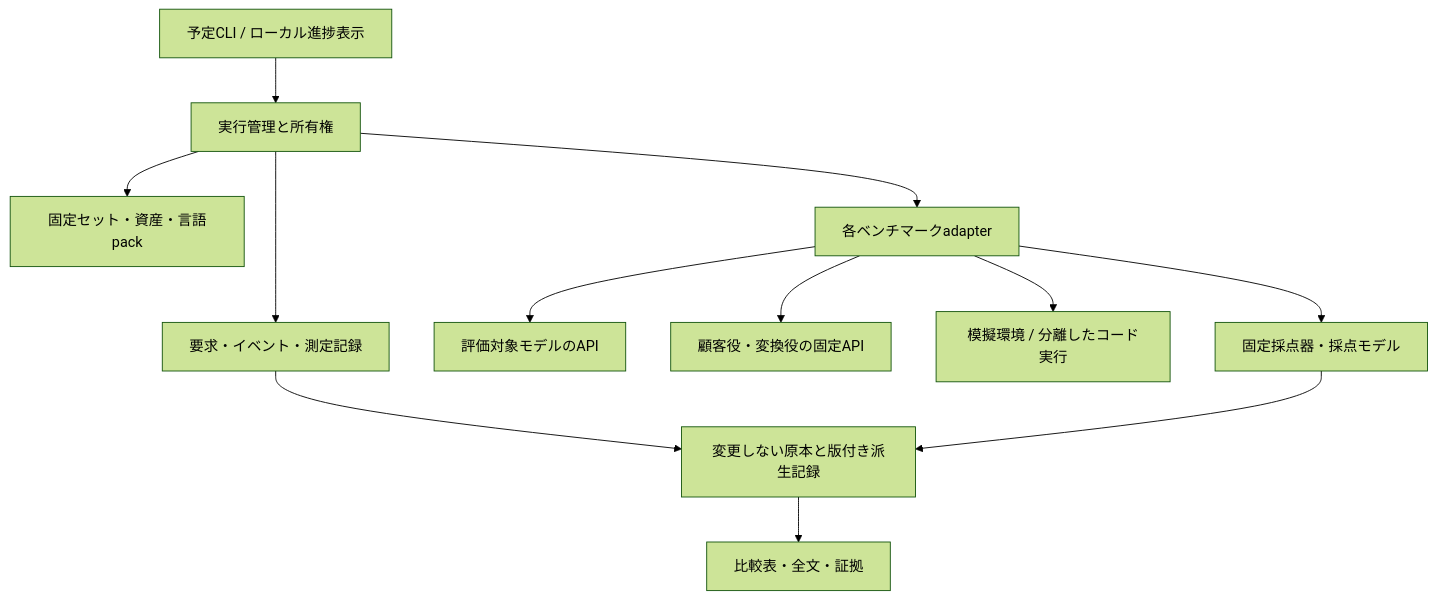
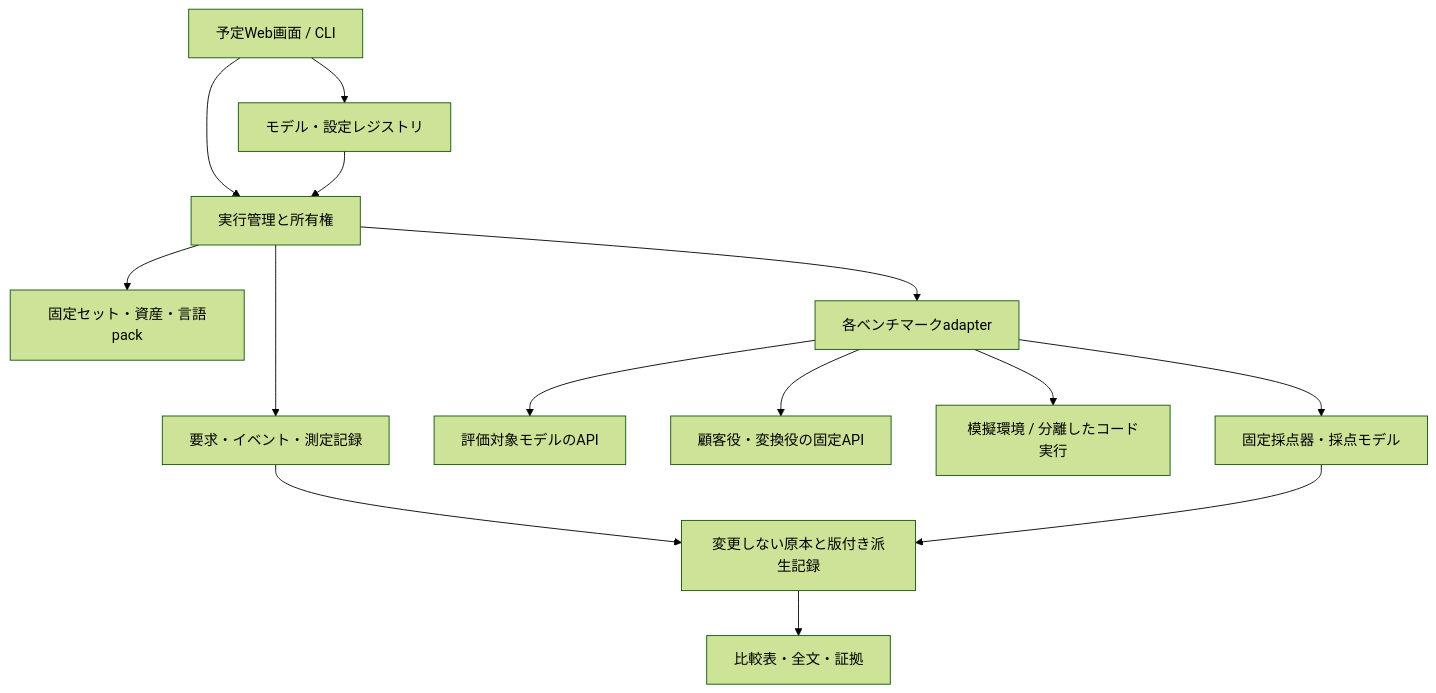
Before and after one commit to StackPiles/BeaconBench: the diagram in docs/04-architecture.md, drawn with Mermaid (forest theme). The commit also changed other lines of this file and 14 other files, not shown here.

````diff
--- a/docs/04-architecture.md
+++ b/docs/04-architecture.md
@@ -7,14 +7,16 @@
 ```mermaid
 flowchart TB
-  CLI[予定CLI / ローカル進捗表示] --> Coordinator[実行管理と所有権]
+  UI[予定Web画面 / CLI] --> Coordinator[実行管理と所有権]
+  UI --> Config[モデル・設定レジストリ]
+  Config --> Coordinator
   Coordinator --> Registry[固定セット・資産・言語pack]
   Coordinator --> Instrument[要求・イベント・測定記録]
   Coordinator --> Adapter[各ベンチマークadapter]
   Adapter --> Target[評価対象モデルのAPI]
   Adapter --> Support[顧客役・変換役の固定API]
   Adapter --> Environment[模擬環境 / 分離したコード実行]
   Adapter --> Grader[固定採点器・採点モデル]
   Instrument --> Store[変更しない原本と版付き派生記録]
   Grader --> Store
   Store --> Report[比較表・全文・証拠]
 ```
````
